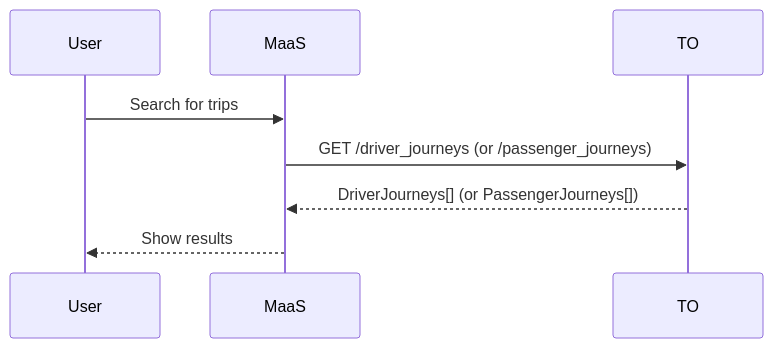
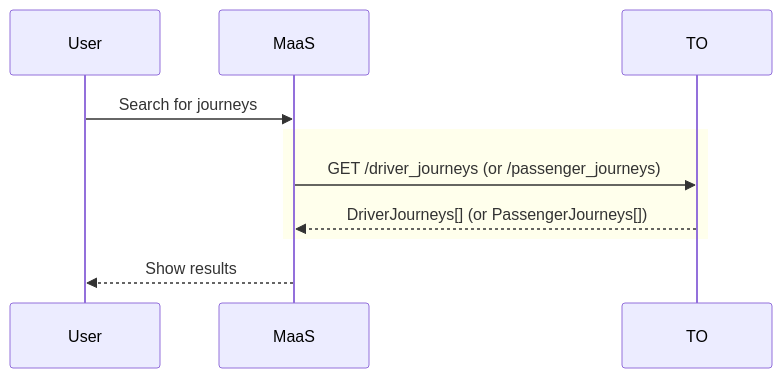
One commit to fabmob/standard-covoiturage changed the diagram in standard-covoiturage_specification.md. Above: the diagram before and after it, drawn with Mermaid. The commit also changed other lines of this file, not shown here.

```diff
--- a/standard-covoiturage_specification.md
+++ b/standard-covoiturage_specification.md
@@ -50,10 +50,12 @@
 ~~~mermaid
 sequenceDiagram
     participant U as User
     participant M as MaaS
     participant T as TO
-    U->>M: Search for trips
+    U->>M: Search for journeys
+    rect rgb(255, 255, 236)
     M->>T: GET /driver_journeys (or /passenger_journeys)
     T-->>M: DriverJourneys[] (or PassengerJourneys[])
+    end
     M-->>U: Show results
 ~~~
```
